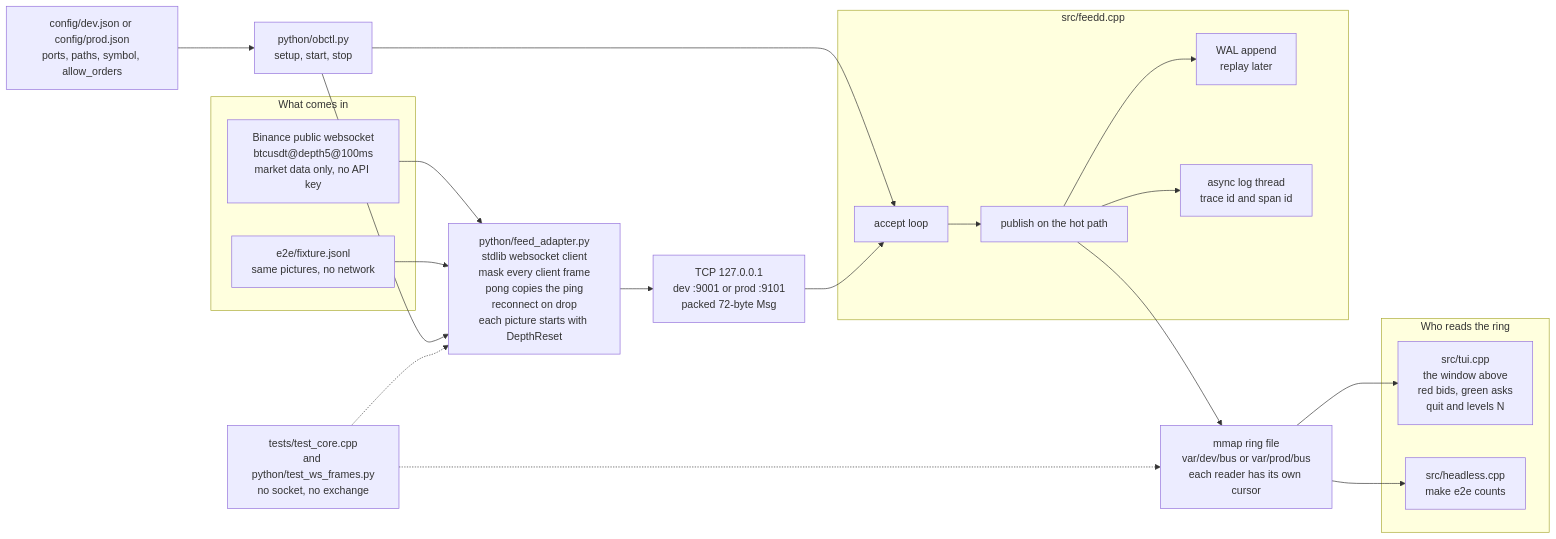
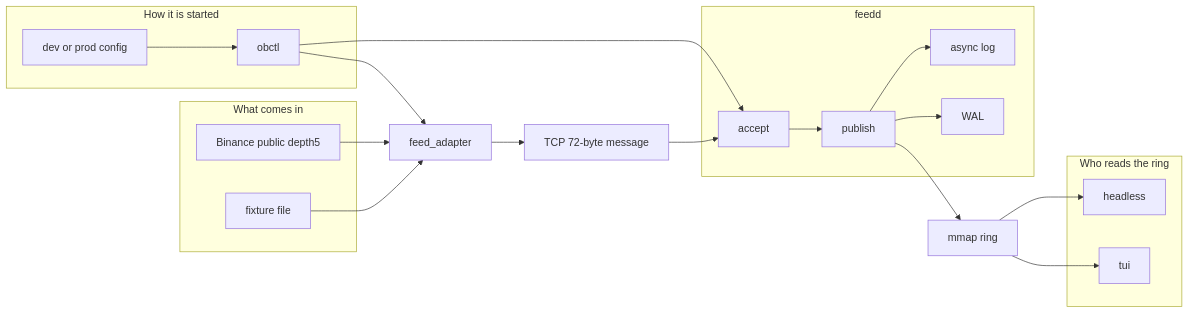
One commit to Chanta007/orderbook-lab changed the diagram in README.md. Above: the diagram before and after it, drawn with Mermaid. The commit also changed 1 other file, not shown here.

Commit message:
docs: make the architecture diagram render on GitHub
Reserved subgraph names and HTML line breaks crashed Mermaid.
The same path is drawn with plain labels.

````diff
--- a/README.md
+++ b/README.md
@@ -90,44 +90,35 @@
 ```mermaid
 flowchart LR
-  subgraph in ["What comes in"]
-    BN["Binance public websocket<br/>btcusdt@depth5@100ms<br/>market data only, no API key"]
-    FX["e2e/fixture.jsonl<br/>same pictures, no network"]
+  subgraph sources [What comes in]
+    BN[Binance public depth5]
+    FX[fixture file]
   end
-
-  CFG["config/dev.json or config/prod.json<br/>ports, paths, symbol, allow_orders"]
-  CTL["python/obctl.py<br/>setup, start, stop"]
-
-  ADP["python/feed_adapter.py<br/>stdlib websocket client<br/>mask every client frame<br/>pong copies the ping<br/>reconnect on drop<br/>each picture starts with DepthReset"]
-
-  TCP["TCP 127.0.0.1<br/>dev :9001 or prod :9101<br/>packed 72-byte Msg"]
-
-  subgraph feedd ["src/feedd.cpp"]
-    ACC["accept loop"]
-    PUB["publish on the hot path"]
-    WAL["WAL append<br/>replay later"]
-    LOG["async log thread<br/>trace id and span id"]
+  subgraph control [How it is started]
+    CFG[dev or prod config]
+    CTL[obctl]
   end
-
-  RING["mmap ring file<br/>var/dev/bus or var/prod/bus<br/>each reader has its own cursor"]
-
-  subgraph out ["Who reads the ring"]
-    TUI["src/tui.cpp<br/>the window above<br/>red bids, green asks<br/>quit and levels N"]
-    HEAD["src/headless.cpp<br/>make e2e counts"]
+  ADP[feed_adapter]
+  TCP[TCP 72-byte message]
+  subgraph feedproc [feedd]
+    ACC[accept]
+    PUB[publish]
+    WAL[WAL]
+    LOG[async log]
   end
-
-  UNIT["tests/test_core.cpp<br/>and python/test_ws_frames.py<br/>no socket, no exchange"]
-
+  RING[mmap ring]
+  subgraph readers [Who reads the ring]
+    TUI[tui]
+    HEAD[headless]
+  end
   BN --> ADP
   FX --> ADP
   CFG --> CTL
   CTL --> ADP
   CTL --> ACC
   ADP --> TCP --> ACC --> PUB
   PUB --> RING
   PUB --> WAL
   PUB --> LOG
   RING --> TUI
   RING --> HEAD
-  UNIT -.-> RING
-  UNIT -.-> ADP
 ```
````
